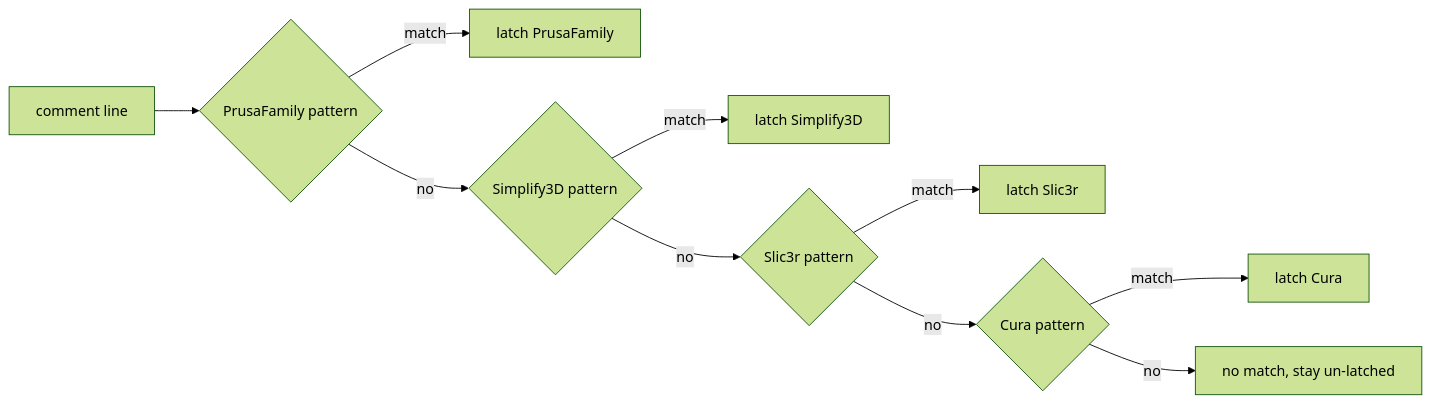
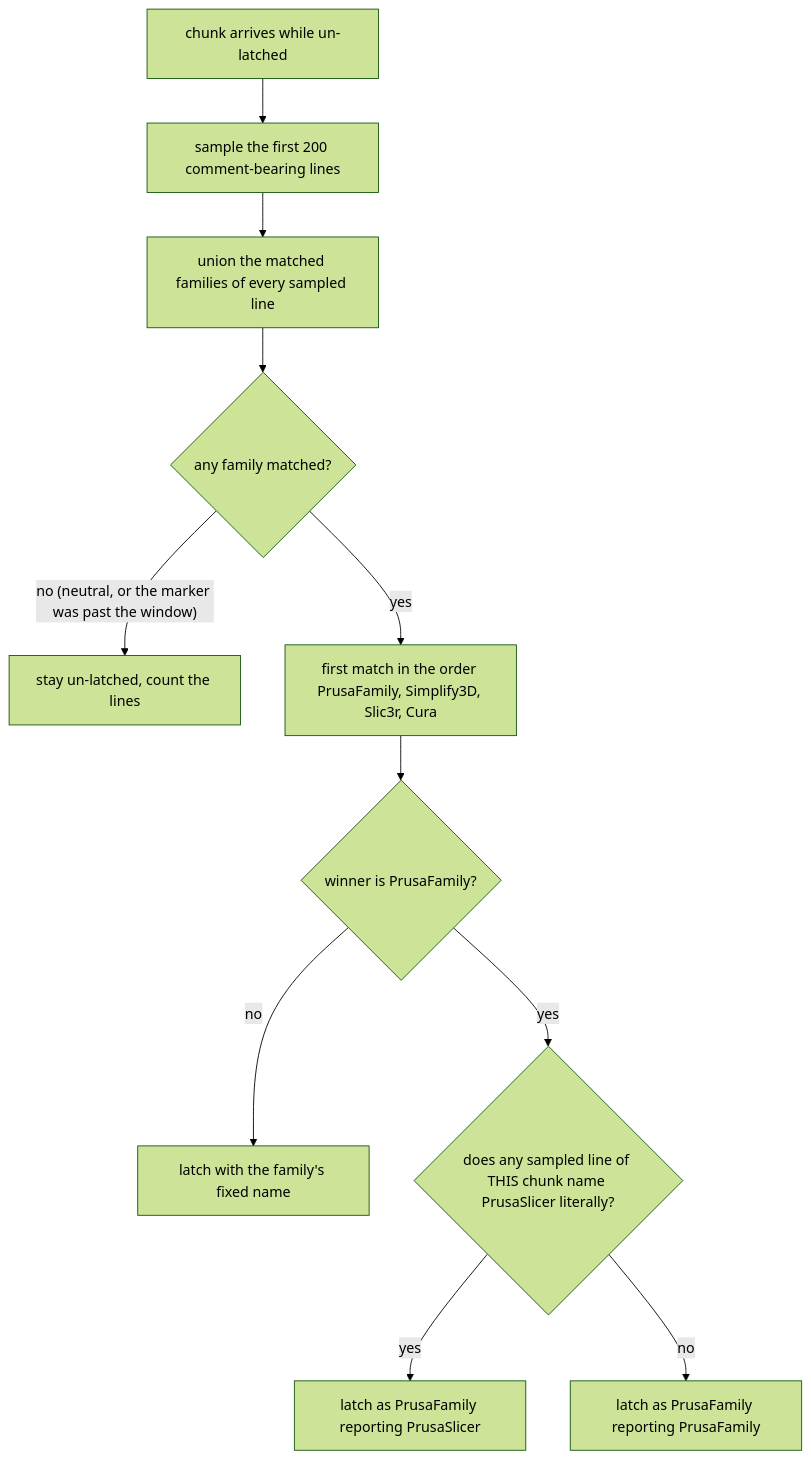
One commit to xyz-tools/gcode-preview changed the second of 2 diagrams in verification/quint/slicer-detector.md. Above: the diagram before and after it, drawn with Mermaid (forest theme). The commit also changed other lines of this file and 801 other files, not shown here.

````diff
--- a/verification/quint/slicer-detector.md
+++ b/verification/quint/slicer-detector.md
@@ -35,12 +36,13 @@
 ```mermaid
-flowchart LR
-    line["comment line"] --> tryPrusa{"PrusaFamily pattern"}
-    tryPrusa -- match --> latchPrusa["latch PrusaFamily"]
-    tryPrusa -- no --> tryS3d{"Simplify3D pattern"}
-    tryS3d -- match --> latchS3d["latch Simplify3D"]
-    tryS3d -- no --> trySlic3r{"Slic3r pattern"}
-    trySlic3r -- match --> latchSlic3r["latch Slic3r"]
-    trySlic3r -- no --> tryCura{"Cura pattern"}
-    tryCura -- match --> latchCura["latch Cura"]
-    tryCura -- no --> stay["no match, stay un-latched"]
+flowchart TD
+    Chunk["chunk arrives while un-latched"] --> Scan["sample the first 200 comment-bearing lines"]
+    Scan --> Union["union the matched families of every sampled line"]
+    Union --> Any{"any family matched?"}
+    Any -- "no (neutral, or the marker was past the window)" --> Stay["stay un-latched, count the lines"]
+    Any -- yes --> Fold["first match in the order PrusaFamily, Simplify3D, Slic3r, Cura"]
+    Fold --> Prusa{"winner is PrusaFamily?"}
+    Prusa -- no --> Fixed["latch with the family's fixed name"]
+    Prusa -- yes --> Lit{"does any sampled line of THIS chunk name PrusaSlicer literally?"}
+    Lit -- yes --> Specific["latch as PrusaFamily reporting PrusaSlicer"]
+    Lit -- no --> Generic["latch as PrusaFamily reporting PrusaFamily"]
 ```
````
